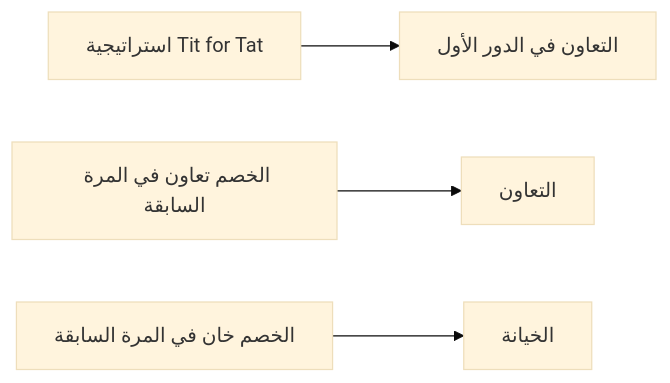
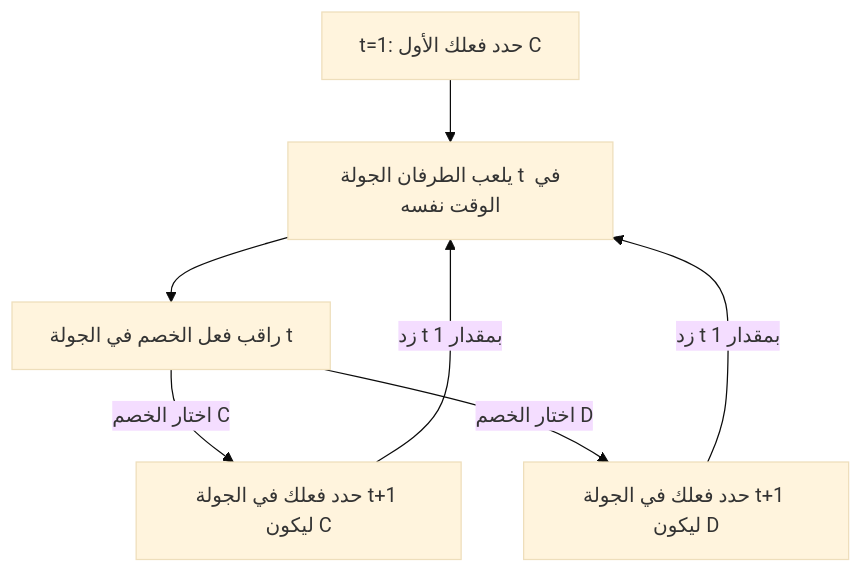
Before and after one commit to kenjinote/blog: the second of 2 diagrams in content/post/paradox-prisoners-dilemma/index.ar.md, drawn with Mermaid (base theme). The commit also changed other lines of this file and 11 other files, not shown here.

````diff
--- a/content/post/paradox-prisoners-dilemma/index.ar.md
+++ b/content/post/paradox-prisoners-dilemma/index.ar.md
@@ -106,12 +95,9 @@
 ```mermaid
-graph LR
-    A["استراتيجية Tit for Tat"]
-    B["التعاون في الدور الأول"]
-    C["الخصم تعاون في المرة السابقة"]
-    D["الخصم خان في المرة السابقة"]
-    E["التعاون"]
-    F["الخيانة"]
-    A --> B
-    C --> E
-    D --> F
+graph TD
+    Start["t=1: حدد فعلك الأول C"] --> Play["يلعب الطرفان الجولة t في الوقت نفسه"]
+    Play --> Observe["راقب فعل الخصم في الجولة t"]
+    Observe -->|"اختار الخصم C"| NextC["حدد فعلك في الجولة t+1 ليكون C"]
+    Observe -->|"اختار الخصم D"| NextD["حدد فعلك في الجولة t+1 ليكون D"]
+    NextC -->|"زد t بمقدار 1"| Play
+    NextD -->|"زد t بمقدار 1"| Play
 ```
````
